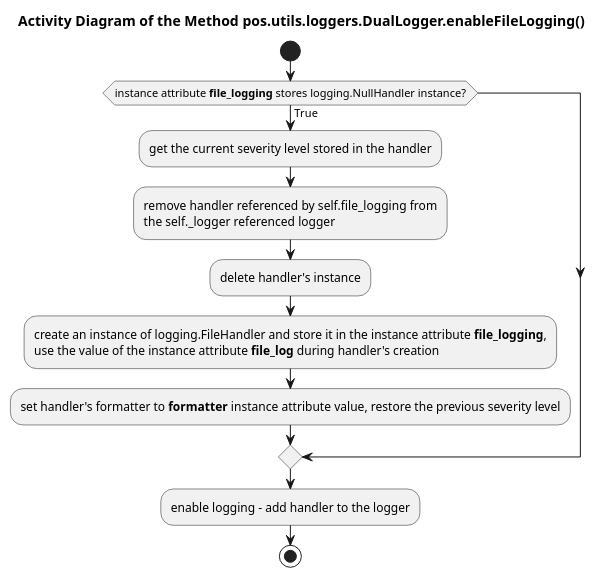
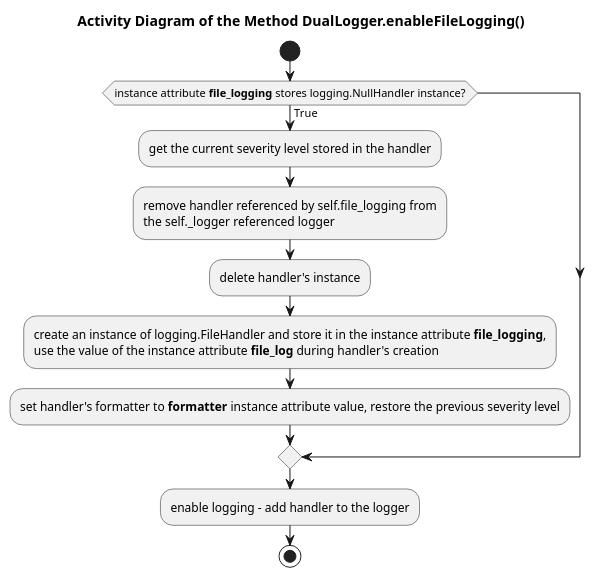
Before and after one commit to FooBarShebang/pos: the diagram in Docs/UML/utils/loggers_py/DualLogger.enableFileLogging() Activity.pu, drawn with PlantUML. The commit also changed 25 other files, not shown here.

Commit message:
refactored utils/loggers module + documentation

```diff
--- a/Docs/UML/utils/loggers_py/DualLogger.enableFileLogging() Activity.pu
+++ b/Docs/UML/utils/loggers_py/DualLogger.enableFileLogging() Activity.pu
@@ -1,24 +1,24 @@
 @startuml
 
-title Activity Diagram of the Method pos.utils.loggers.DualLogger.enableFileLogging()
+title Activity Diagram of the Method DualLogger.enableFileLogging()
 
 start
 
 if (instance attribute <b>file_logging</b> stores logging.NullHandler instance?) then (True)
     :get the current severity level stored in the handler;
     
     :remove handler referenced by self.file_logging from\nthe self._logger referenced logger;
     
     :delete handler's instance;
     
     :create an instance of logging.FileHandler and store it in the instance attribute <b>file_logging</b>,
     use the value of the instance attribute <b>file_log</b> during handler's creation;
     
     :set handler's formatter to <b>formatter</b> instance attribute value, restore the previous severity level;
 endif
 
 :enable logging - add handler to the logger;
 
 stop
 
 @enduml
```
